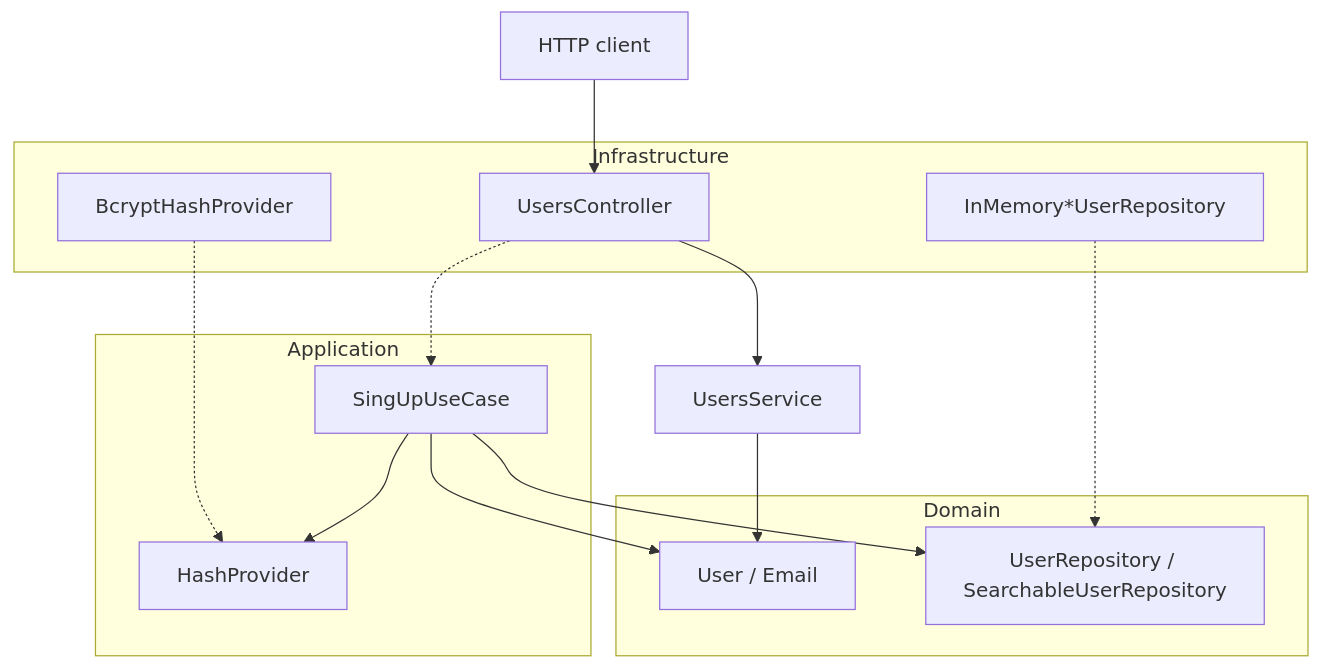
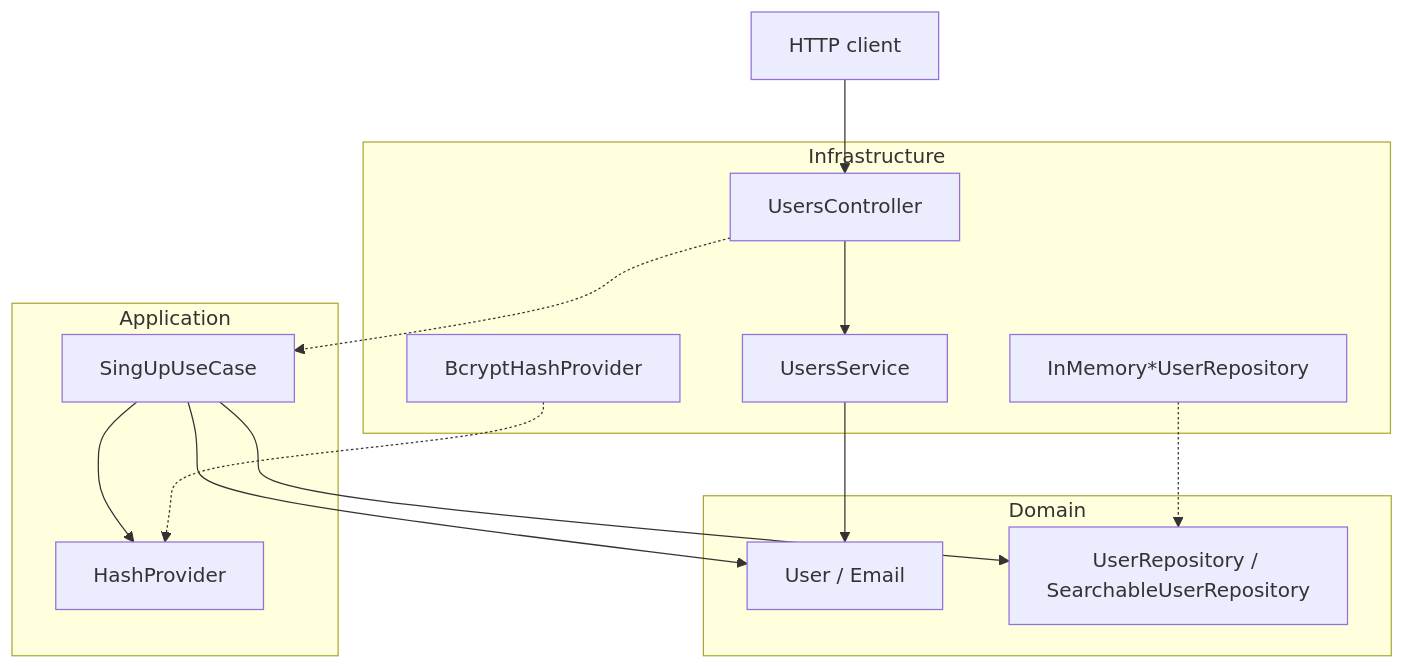
One commit to VedantMadane/ti-syscalls-backend changed the diagram in README.md. Above: the diagram before and after it, drawn with Mermaid. The commit also changed other lines of this file and 1 other file, not shown here.

Commit message:
refactor: added the service to the infrastructure layer

````diff
--- a/README.md
+++ b/README.md
@@ -70,30 +70,31 @@
 ```mermaid
 flowchart TB
   client[HTTP client] --> presentation[UsersController]
-  presentation --> appService[UsersService]
+  presentation --> nestService[UsersService]
   presentation -.-> useCases[SingUpUseCase]
 
-  appService --> domain[User / Email]
+  nestService --> domain[User / Email]
   useCases --> domain
   useCases --> repoPort[UserRepository / SearchableUserRepository]
   useCases --> hashPort[HashProvider]
 
   repoImpl[InMemory*UserRepository] -.-> repoPort
   hashImpl[BcryptHashProvider] -.-> hashPort
 
   subgraph domainLayer [Domain]
     domain
     repoPort
   end
 
   subgraph applicationLayer [Application]
     useCases
     hashPort
   end
 
   subgraph infrastructureLayer [Infrastructure]
     presentation
+    nestService
     repoImpl
     hashImpl
   end
 ```
````
